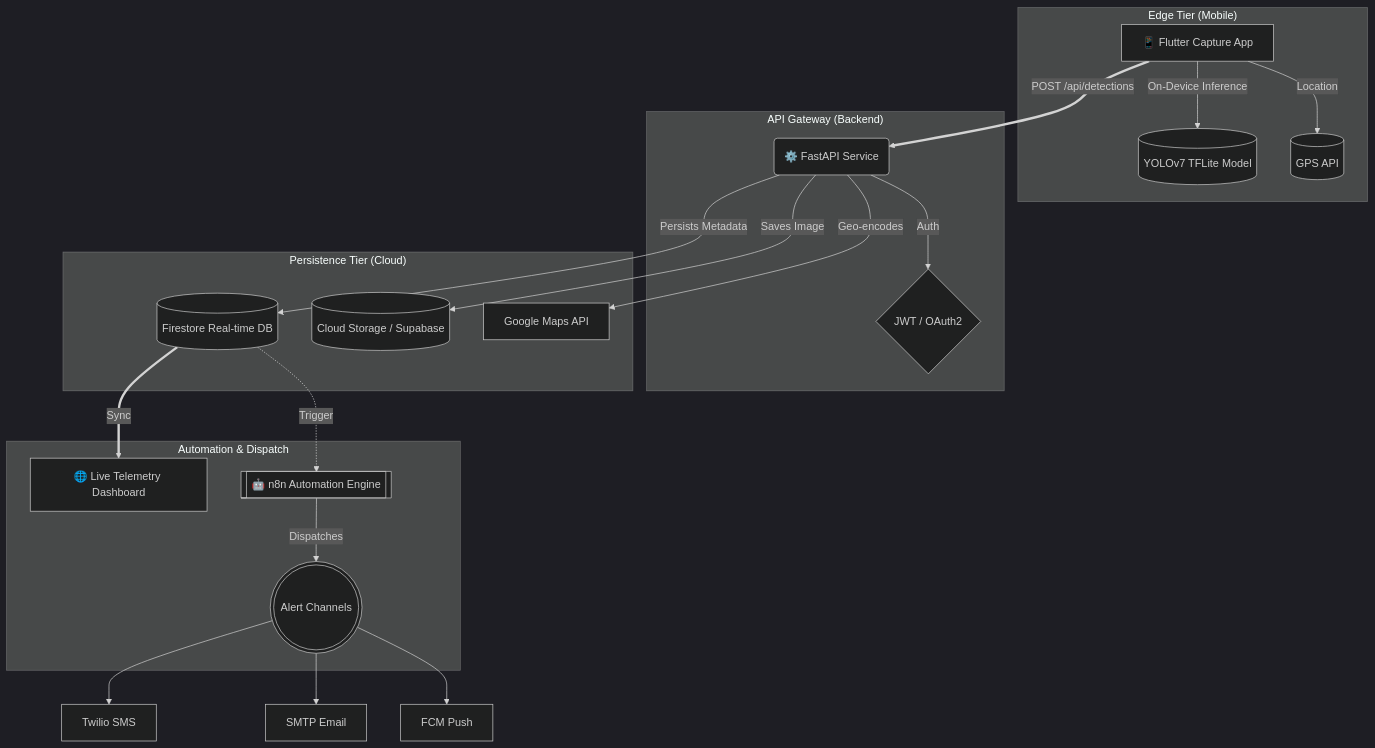
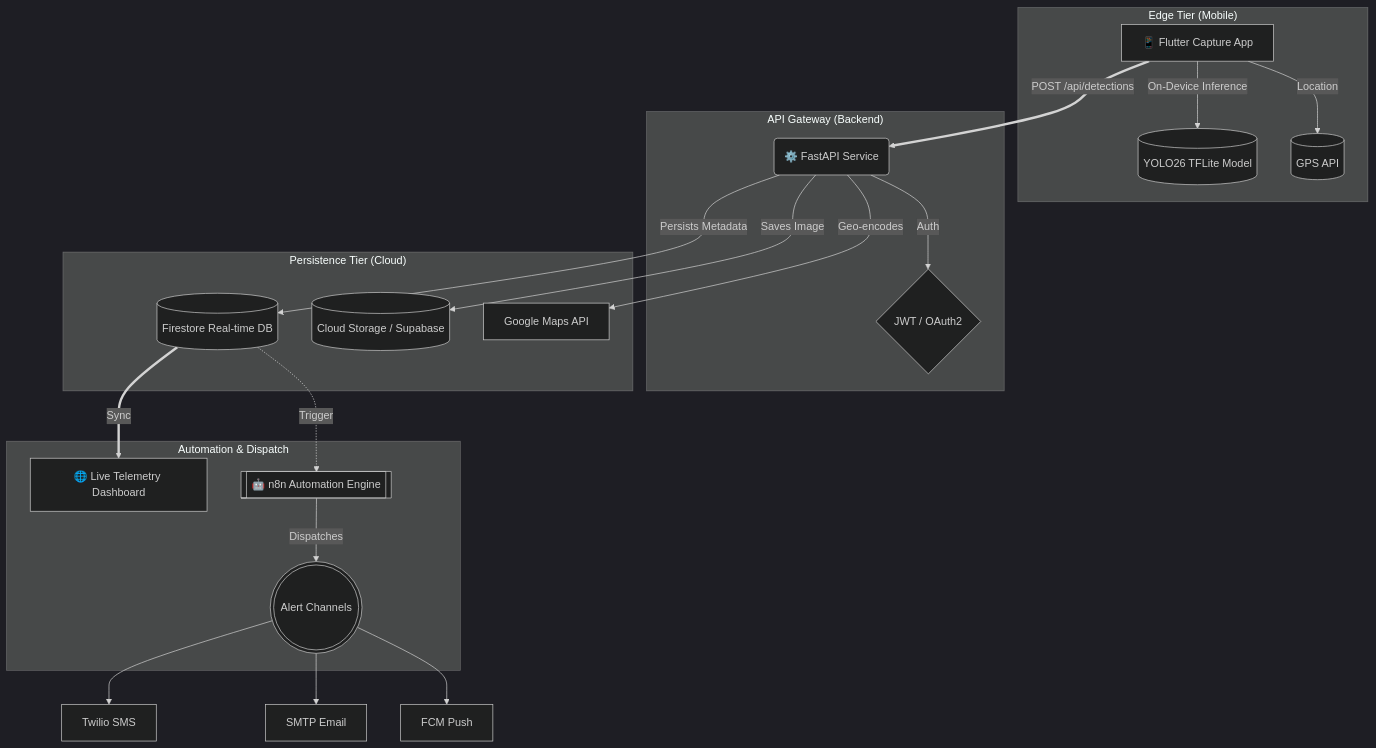
One commit to vinaykumarbharwal/Wildfire_Detection changed the diagram in README.md. Above: the diagram before and after it, drawn with Mermaid (dark theme).

Commit message:
Update YOLOv7 model to YOLO26 in README

````diff
--- a/README.md
+++ b/README.md
@@ -43,39 +43,39 @@
 ```mermaid
 graph TD
     subgraph "Edge Tier (Mobile)"
         A[📱 Flutter Capture App]
-        A -->|On-Device Inference| TFL[(YOLOv7 TFLite Model)]
+        A -->|On-Device Inference| TFL[(YOLO26 TFLite Model)]
         A -->|Location| GPS[(GPS API)]
     end
 
     subgraph "API Gateway (Backend)"
         B(⚙️ FastAPI Service)
         B -->|Auth| AUTH{JWT / OAuth2}
     end
 
     subgraph "Persistence Tier (Cloud)"
         C[(Firestore Real-time DB)]
         D[(Cloud Storage / Supabase)]
         MAPS[Google Maps API]
     end
 
     subgraph "Automation & Dispatch"
         E[🌐 Live Telemetry Dashboard]
         F[[🤖 n8n Automation Engine]]
         G(((Alert Channels)))
     end
 
     %% Data Flows
     A == "POST /api/detections" ==> B
     B -- "Geo-encodes" --> MAPS
     B -- "Saves Image" --> D
     B -- "Persists Metadata" --> C
     
     C -. "Trigger" .-> F
     C == "Sync" ==> E
     
     F -- "Dispatches" --> G
     G --> SMS[Twilio SMS]
     G --> EMAIL[SMTP Email]
     G --> PUSH[FCM Push]
 ```
````
